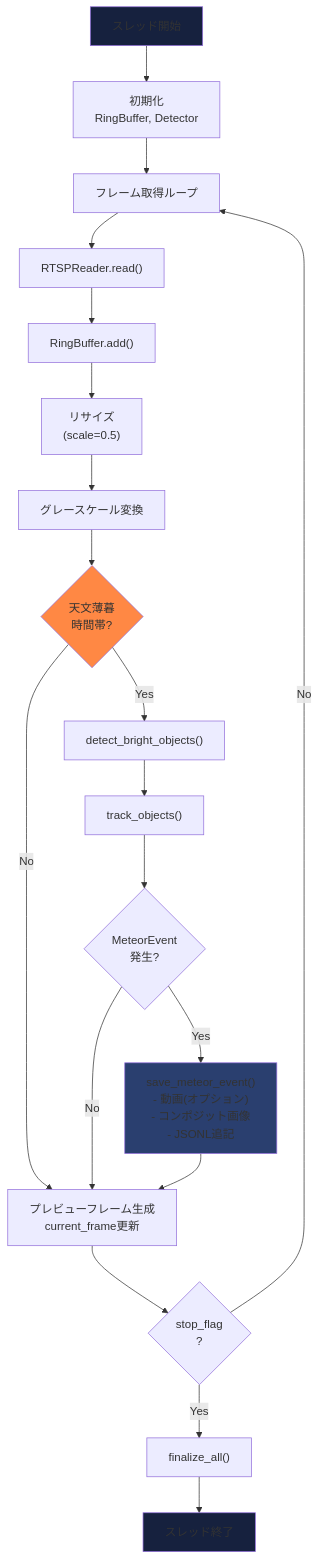
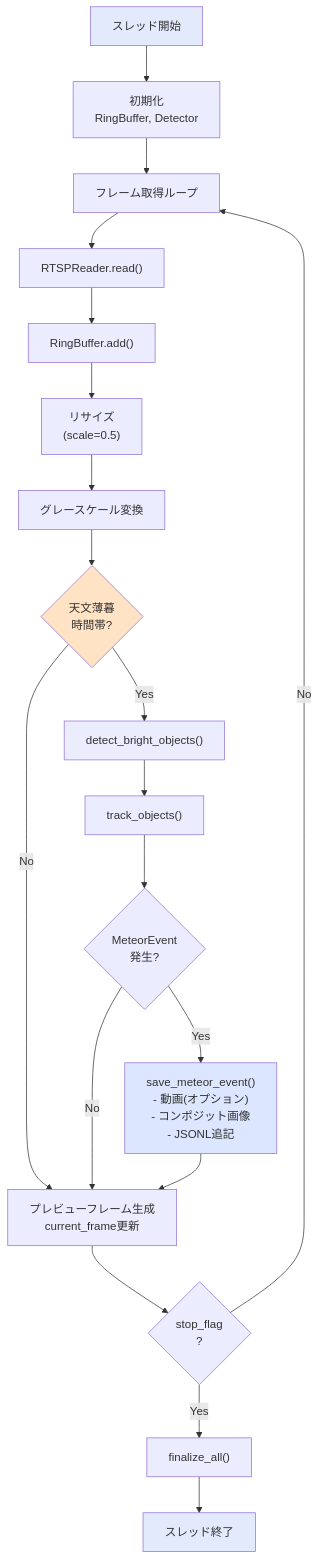
Before and after one commit to Masakai/meteo: the seventh of 12 diagrams in documents/DETECTOR_COMPONENTS.md, drawn with Mermaid. The commit also changed other lines of this file and 8 other files, not shown here.

Commit message:
- Mermaidダイアグラム用スタイルのカラーパレットを調整   - セーフティカラーを温和なトーンへ変更   - Mermaidテーマ設定のドキュメントやスクリプトを更新 - WebRTC/Go2RTC関連のドキュメント強化   - `go2rtc` コンテナ仕様、図解を追加   - ダッシュボード埋め込み方式とストリーミング設定を反映   - 構築手順にポートや依存関係情報を補足

````diff
--- a/documents/DETECTOR_COMPONENTS.md
+++ b/documents/DETECTOR_COMPONENTS.md
@@ -500,52 +500,52 @@
 ```mermaid
 flowchart TD
     Start["スレッド開始"]
     Init["初期化<br/>RingBuffer, Detector"]
 
     Loop["フレーム取得ループ"]
     ReadFrame["RTSPReader.read()"]
     CheckTime{"天文薄暮<br/>時間帯?"}
 
     AddBuffer["RingBuffer.add()"]
     Resize["リサイズ<br/>(scale=0.5)"]
     Gray["グレースケール変換"]
 
     Detect["detect_bright_objects()"]
     Track["track_objects()"]
 
     CheckEvent{"MeteorEvent<br/>発生?"}
     SaveEvent["save_meteor_event()<br/>- 動画(オプション)<br/>- コンポジット画像<br/>- JSONL追記"]
 
     UpdatePreview["プレビューフレーム生成<br/>current_frame更新"]
 
     CheckStop{"stop_flag<br/>?"}
     Finalize["finalize_all()"]
     End["スレッド終了"]
 
     Start --> Init
     Init --> Loop
     Loop --> ReadFrame
     ReadFrame --> AddBuffer
     AddBuffer --> Resize
     Resize --> Gray
     Gray --> CheckTime
 
     CheckTime -->|"Yes"| Detect
     CheckTime -->|"No"| UpdatePreview
 
     Detect --> Track
     Track --> CheckEvent
     CheckEvent -->|"Yes"| SaveEvent
     CheckEvent -->|"No"| UpdatePreview
     SaveEvent --> UpdatePreview
 
     UpdatePreview --> CheckStop
     CheckStop -->|"No"| Loop
     CheckStop -->|"Yes"| Finalize
     Finalize --> End
 
-    style Start fill:#16213e
-    style SaveEvent fill:#2a3f6f
-    style CheckTime fill:#ff8844
-    style End fill:#16213e
+    style Start fill:#e2eafc
+    style SaveEvent fill:#dce6ff
+    style CheckTime fill:#ffe3c4
+    style End fill:#e2eafc
 ```
````
